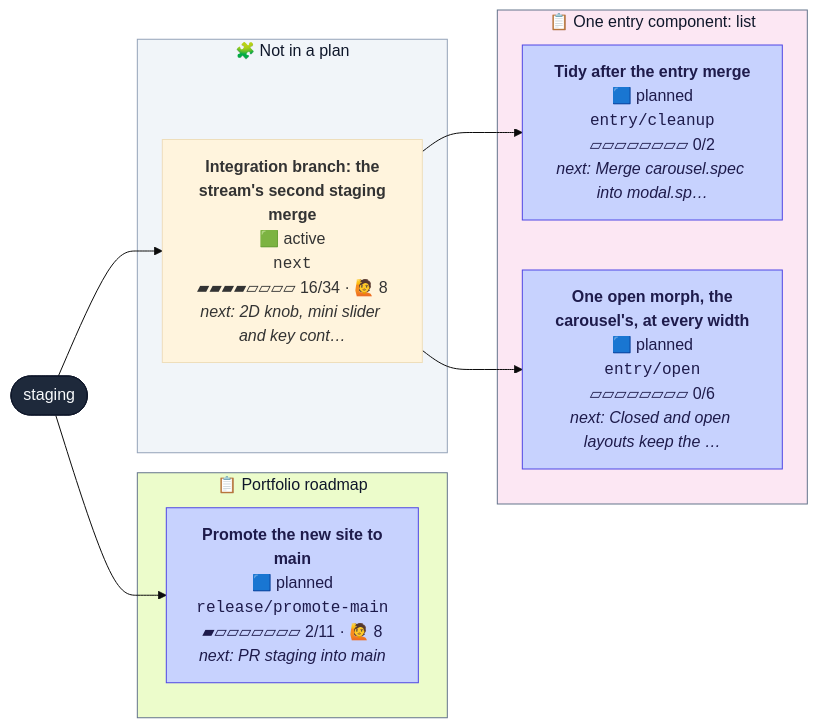
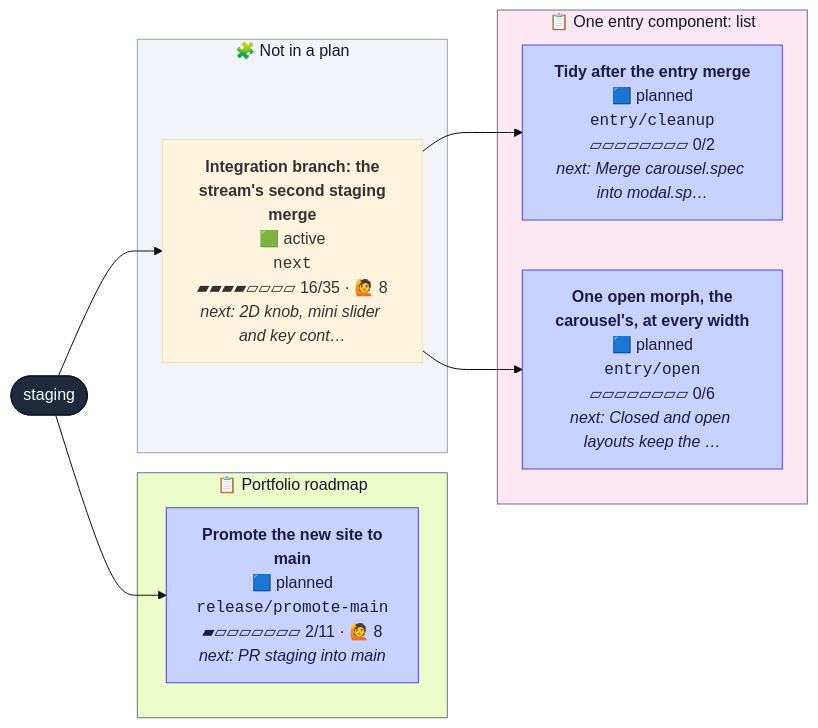
One commit to henryjonescodes/portfolio changed the second of 2 diagrams in CONTRIBUTING.md. Above: the diagram before and after it, drawn with Mermaid (base theme). The commit also changed other lines of this file, not shown here.

````diff
--- a/CONTRIBUTING.md
+++ b/CONTRIBUTING.md
@@ -37,33 +37,33 @@
 ```mermaid
 flowchart LR
   n_staging([staging])
   class n_staging trunk
   subgraph plan_1["📋 One entry component: list"]
     n_entry_cleanup["<b>Tidy after the entry merge</b><br/>🟦 planned<br/><code>entry/cleanup</code><br/>▱▱▱▱▱▱▱▱ 0/2<br/><i>next: Merge carousel.spec into modal.sp…</i>"]
     class n_entry_cleanup planned
     n_entry_open["<b>One open morph, the<br/>carousel's, at every width</b><br/>🟦 planned<br/><code>entry/open</code><br/>▱▱▱▱▱▱▱▱ 0/6<br/><i>next: Closed and open layouts keep the …</i>"]
     class n_entry_open planned
   end
   style plan_1 fill:#fce7f3,stroke:#64748b,color:#0f172a
   subgraph plan_2["📋 Portfolio roadmap"]
     n_release_promote_main["<b>Promote the new site to<br/>main</b><br/>🟦 planned<br/><code>release/promote-main</code><br/>▰▱▱▱▱▱▱▱ 2/11 · 🙋 8<br/><i>next: PR staging into main</i>"]
     class n_release_promote_main planned
   end
   style plan_2 fill:#ecfccb,stroke:#64748b,color:#0f172a
   subgraph loose["🧩 Not in a plan"]
-    n_next["<b>Integration branch: the<br/>stream's second staging<br/>merge</b><br/>🟩 active<br/><code>next</code><br/>▰▰▰▰▱▱▱▱ 16/34 · 🙋 8<br/><i>next: 2D knob, mini slider and key cont…</i>"]
+    n_next["<b>Integration branch: the<br/>stream's second staging<br/>merge</b><br/>🟩 active<br/><code>next</code><br/>▰▰▰▰▱▱▱▱ 16/35 · 🙋 8<br/><i>next: 2D knob, mini slider and key cont…</i>"]
     class n_next active,current
   end
   style loose fill:#f1f5f9,stroke:#94a3b8,color:#0f172a
   n_next --> n_entry_cleanup
   n_next --> n_entry_open
   n_staging --> n_next
   n_staging --> n_release_promote_main
   classDef planned fill:#c7d2fe,stroke:#4f46e5,color:#1e1b4b
   classDef sketched fill:#f8fafc,stroke:#64748b,stroke-dasharray:4 3,color:#334155
   classDef active fill:#bbf7d0,stroke:#16a34a,stroke-width:3px,color:#052e16
   classDef review fill:#fde68a,stroke:#d97706,stroke-width:3px,color:#451a03
   classDef blocked fill:#fecaca,stroke:#dc2626,stroke-width:3px,color:#450a0a
   classDef trunk fill:#1e293b,stroke:#0f172a,color:#f8fafc
   classDef current stroke:#0ea5e9,stroke-width:5px
 ```
````
